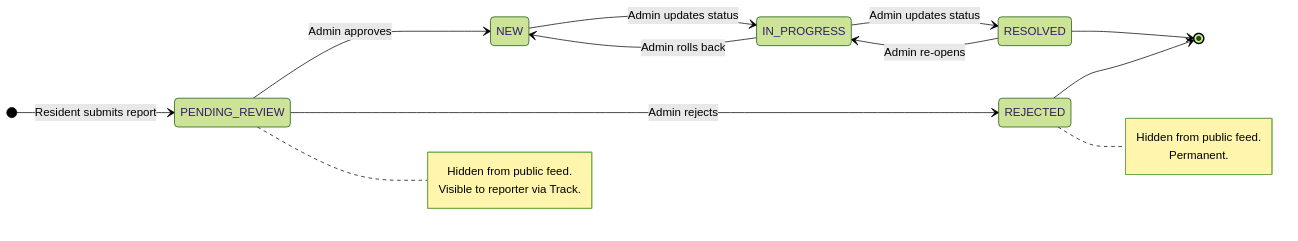
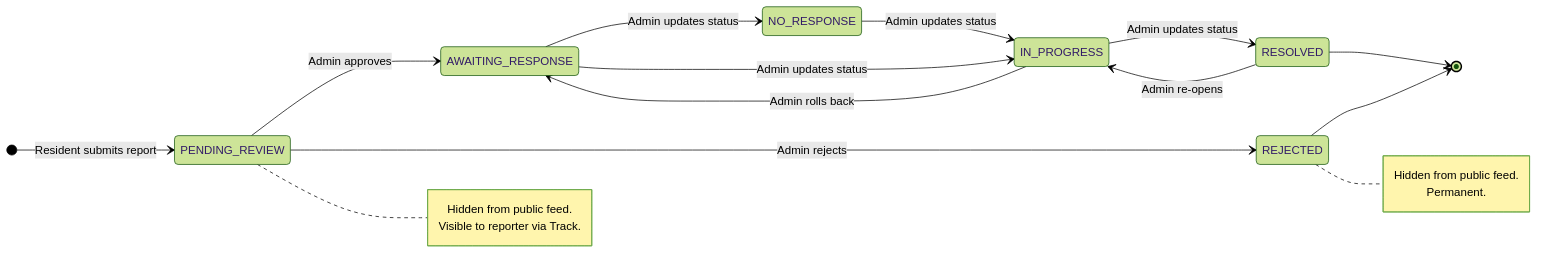
The second of 7 diagrams in docs/use-cases/DIAGRAMS.md (DublinNico/CharlemontWatch), drawn with Mermaid (forest theme) before and after one commit. The commit also changed other lines of this file and 7 other files, not shown here.

````diff
--- a/docs/use-cases/DIAGRAMS.md
+++ b/docs/use-cases/DIAGRAMS.md
@@ -62,26 +62,28 @@
 ```mermaid
 stateDiagram-v2
     direction LR
     [*] --> PENDING_REVIEW : Resident submits report
 
-    PENDING_REVIEW --> NEW : Admin approves
+    PENDING_REVIEW --> AWAITING_RESPONSE : Admin approves
     PENDING_REVIEW --> REJECTED : Admin rejects
 
-    NEW --> IN_PROGRESS : Admin updates status
+    AWAITING_RESPONSE --> NO_RESPONSE : Admin updates status
+    AWAITING_RESPONSE --> IN_PROGRESS : Admin updates status
+    NO_RESPONSE --> IN_PROGRESS : Admin updates status
     IN_PROGRESS --> RESOLVED : Admin updates status
-    IN_PROGRESS --> NEW : Admin rolls back
+    IN_PROGRESS --> AWAITING_RESPONSE : Admin rolls back
     RESOLVED --> IN_PROGRESS : Admin re-opens
 
     REJECTED --> [*]
     RESOLVED --> [*]
 
     note right of PENDING_REVIEW
         Hidden from public feed.
         Visible to reporter via Track.
     end note
 
     note right of REJECTED
         Hidden from public feed.
         Permanent.
     end note
 ```
````
